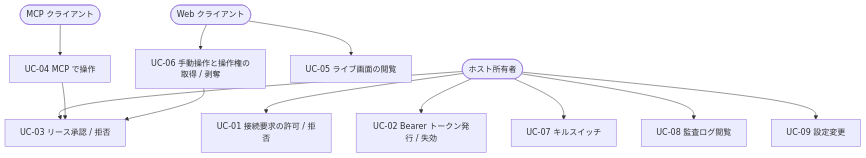
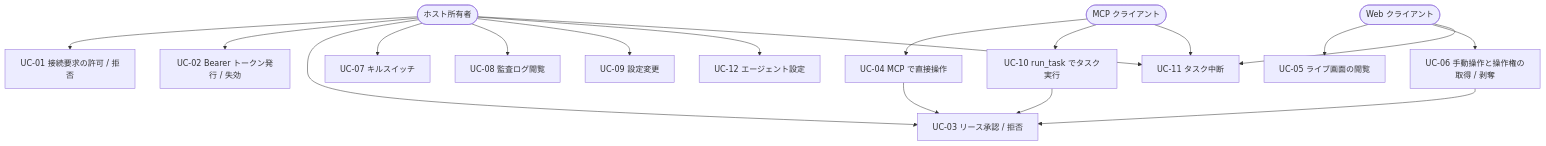
The first of 4 diagrams in docs/requirements/functional.md (ousiassllc/puppet-remo), drawn with Mermaid before and after one commit. The commit also changed other lines of this file and 4 other files, not shown here.

````diff
--- a/docs/requirements/functional.md
+++ b/docs/requirements/functional.md
@@ -13,18 +14,24 @@
 ```mermaid
 graph TD
     Owner([ホスト所有者])
     Mcp([MCP クライアント])
     Web([Web クライアント])
 
     Owner --> UC1[UC-01 接続要求の許可 / 拒否]
     Owner --> UC2[UC-02 Bearer トークン発行 / 失効]
     Owner --> UC3[UC-03 リース承認 / 拒否]
     Owner --> UC7[UC-07 キルスイッチ]
     Owner --> UC8[UC-08 監査ログ閲覧]
     Owner --> UC9[UC-09 設定変更]
-    Mcp --> UC4[UC-04 MCP で操作]
+    Owner --> UC12[UC-12 エージェント設定]
+    Owner --> UC11[UC-11 タスク中断]
+    Mcp --> UC4[UC-04 MCP で直接操作]
+    Mcp --> UC10[UC-10 run_task でタスク実行]
+    Mcp --> UC11
     Web --> UC5[UC-05 ライブ画面の閲覧]
     Web --> UC6[UC-06 手動操作と操作権の取得 / 剥奪]
+    Web --> UC11
     UC4 --> UC3
     UC6 --> UC3
+    UC10 --> UC3
 ```
````
